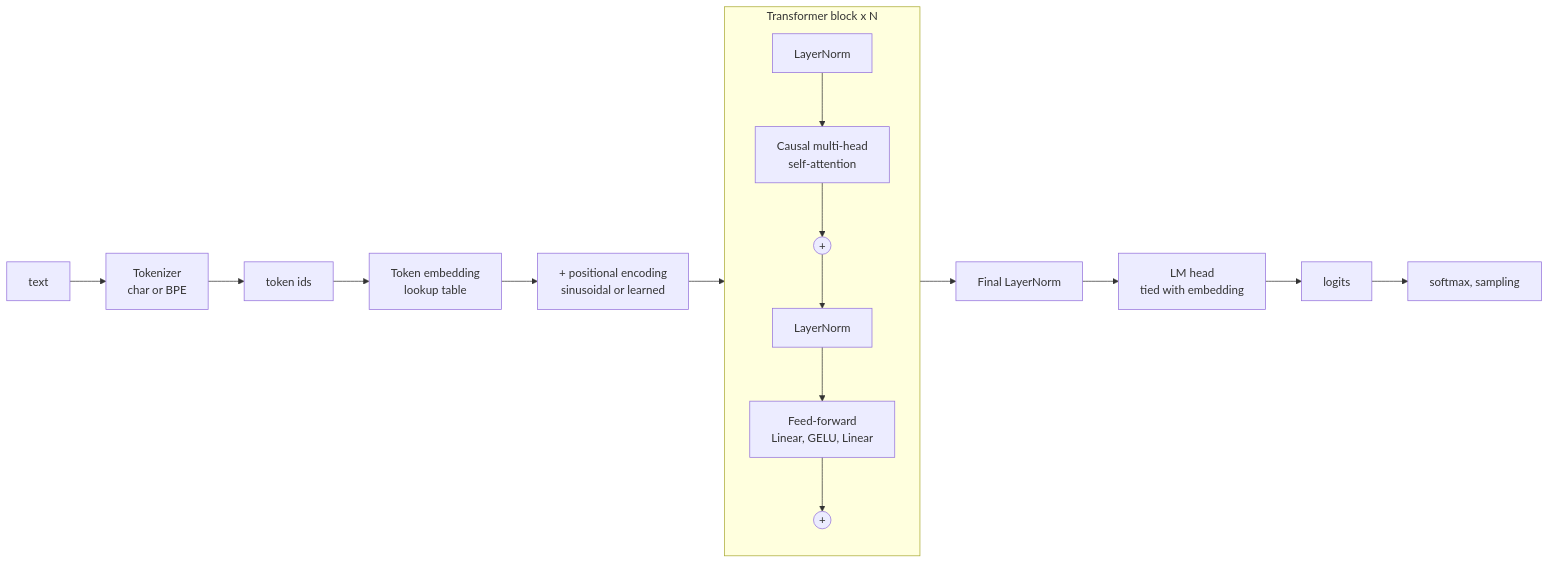
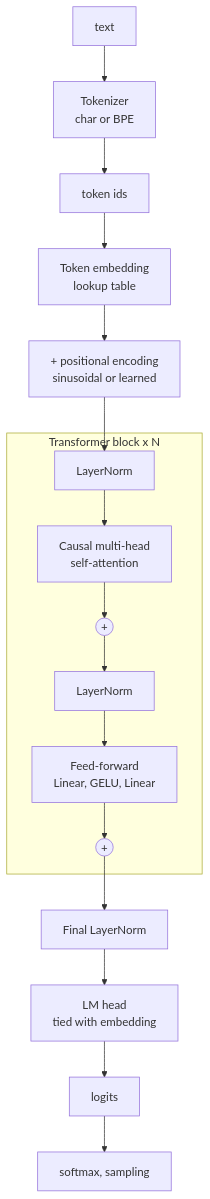
One commit to aairom/myLLMfromScratch-lab changed the second of 5 diagrams in Docs/Architecture.md. Above: the diagram before and after it, drawn with Mermaid. The commit also changed other lines of this file, not shown here.

Commit message:
architecture document update

````diff
--- a/Docs/Architecture.md
+++ b/Docs/Architecture.md
@@ -42,19 +42,19 @@
 ```mermaid
-flowchart LR
+flowchart TD
     T[text] --> TK[Tokenizer<br/>char or BPE]
     TK --> ID[token ids]
     ID --> EM[Token embedding<br/>lookup table]
     EM --> PE[+ positional encoding<br/>sinusoidal or learned]
-    PE --> B1
-    subgraph B1[Transformer block x N]
-        direction TB
+    PE --> LN1
+    subgraph BLK[Transformer block x N]
         LN1[LayerNorm] --> MHA[Causal multi-head<br/>self-attention]
         MHA --> R1((+))
-        R1 --> LN2[LayerNorm] --> FF[Feed-forward<br/>Linear, GELU, Linear]
+        R1 --> LN2[LayerNorm]
+        LN2 --> FF[Feed-forward<br/>Linear, GELU, Linear]
         FF --> R2((+))
     end
-    B1 --> LNF[Final LayerNorm]
+    R2 --> LNF[Final LayerNorm]
     LNF --> HD[LM head<br/>tied with embedding]
     HD --> LG[logits]
     LG --> SM[softmax, sampling]
 ```
````
